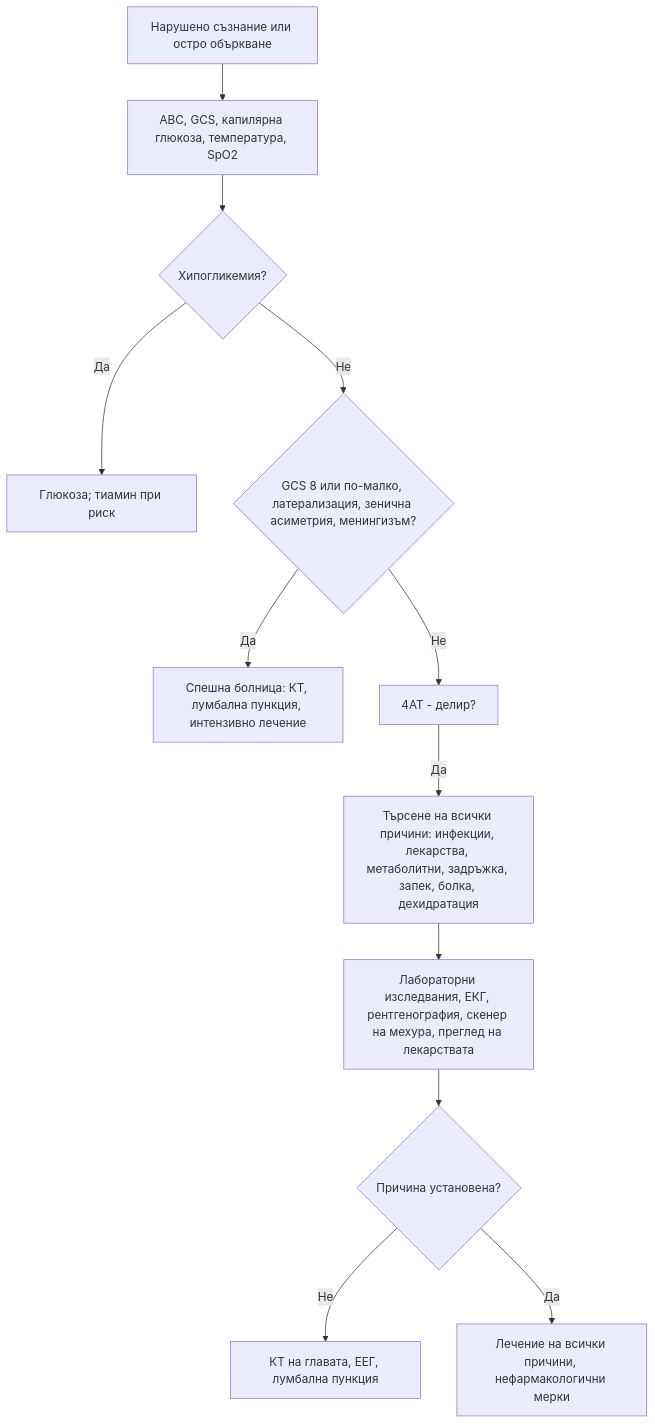
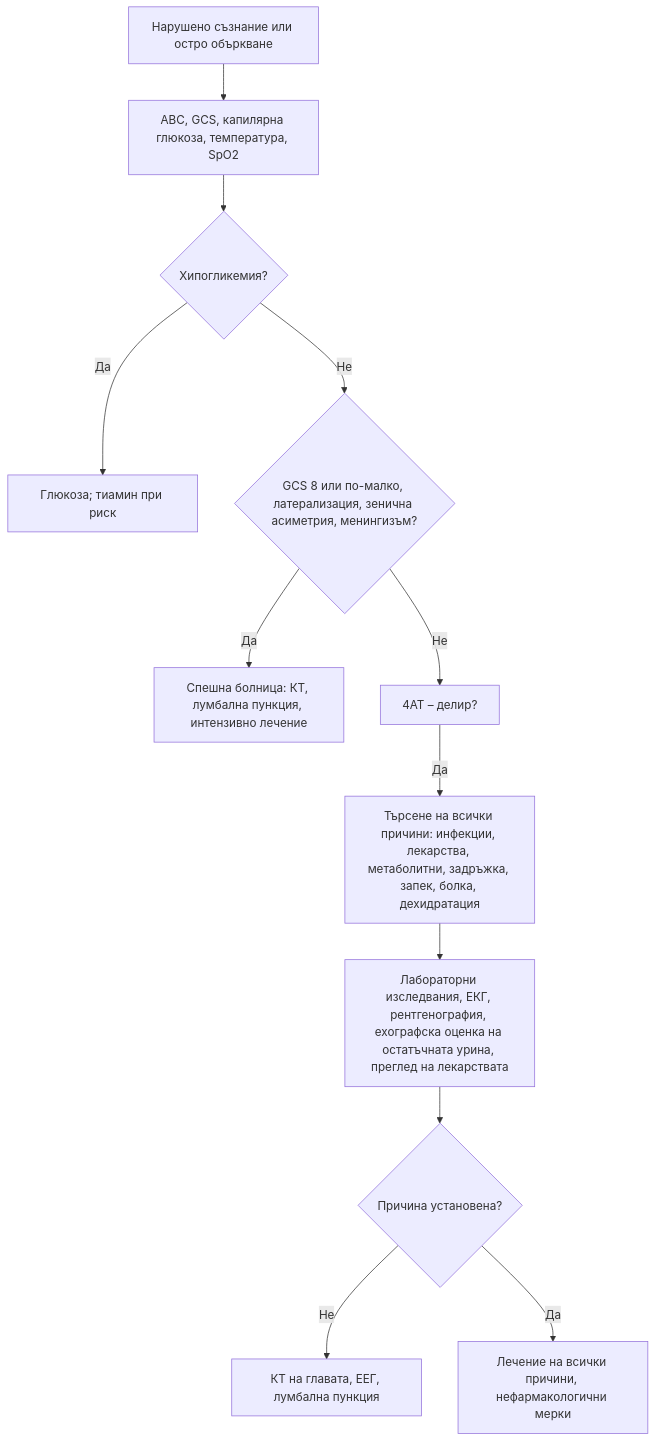
One commit to yancho26/yancho changed the diagram in glavi/43-saznanie-delir.md. Above: the diagram before and after it, drawn with Mermaid. The commit also changed other lines of this file and 90 other files, not shown here.

````diff
--- a/glavi/43-saznanie-delir.md
+++ b/glavi/43-saznanie-delir.md
@@ -241,16 +241,16 @@
 ```mermaid
 flowchart TD
     accTitle: Диагностичен алгоритъм: нарушено съзнание, кома и делир
     accDescr: Блок-схема. Начало: Нарушено съзнание или остро объркване. Въпроси: Хипогликемия? · GCS 8 или по-малко, латерализация, зенична асиметрия, менингизъм? · Причина установена? Пълното текстово описание е под схемата.
     A["Нарушено съзнание или остро объркване"] --> B["ABC, GCS, капилярна глюкоза, температура, SpO2"]
     B --> C{"Хипогликемия?"}
     C -->|Да| D["Глюкоза; тиамин при риск"]
     C -->|Не| E{"GCS 8 или по-малко, латерализация, зенична асиметрия, менингизъм?"}
     E -->|Да| F["Спешна болница: КТ, лумбална пункция, интензивно лечение"]
-    E -->|Не| G["4AT - делир?"]
+    E -->|Не| G["4AT – делир?"]
     G -->|Да| H["Търсене на всички причини: инфекции, лекарства, метаболитни, задръжка, запек, болка, дехидратация"]
-    H --> I["Лабораторни изследвания, ЕКГ, рентгенография, скенер на мехура, преглед на лекарствата"]
+    H --> I["Лабораторни изследвания, ЕКГ, рентгенография, ехографска оценка на остатъчната урина, преглед на лекарствата"]
     I --> J{"Причина установена?"}
     J -->|Не| K["КТ на главата, ЕЕГ, лумбална пункция"]
     J -->|Да| L["Лечение на всички причини, нефармакологични мерки"]
 ```
````
